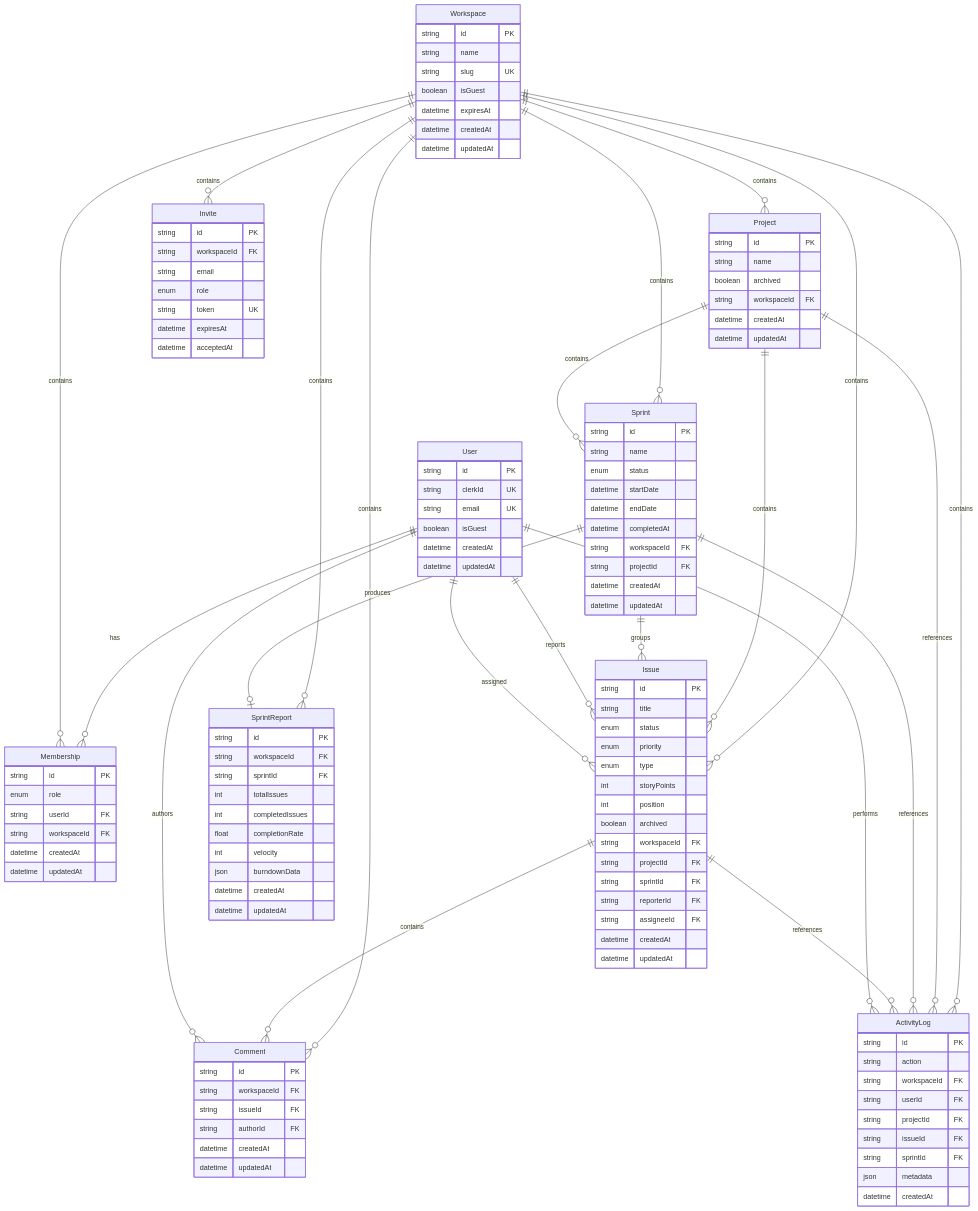
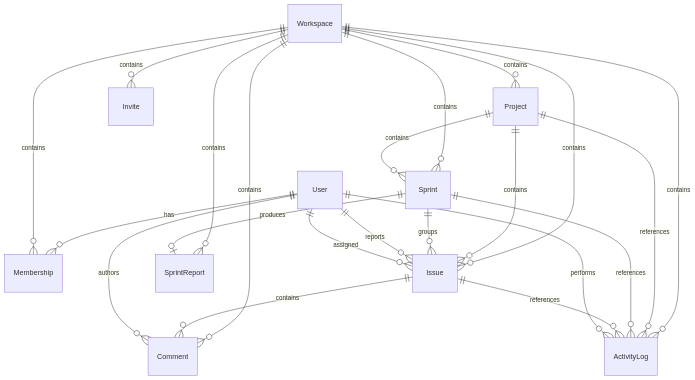
One commit to SuryaGona/sungrid changed the diagram in README.md. Above: the diagram before and after it, drawn with Mermaid. The commit also changed other lines of this file, not shown here.

Commit message:
Revise README for architecture details

````diff
--- a/README.md
+++ b/README.md
@@ -201,116 +183,4 @@
     User ||--o{ Issue : assigned
     User ||--o{ Comment : authors
     User ||--o{ ActivityLog : performs
-
-    User {
-        string id PK
-        string clerkId UK
-        string email UK
-        boolean isGuest
-        datetime createdAt
-        datetime updatedAt
-    }
-
-    Workspace {
-        string id PK
-        string name
-        string slug UK
-        boolean isGuest
-        datetime expiresAt
-        datetime createdAt
-        datetime updatedAt
-    }
-
-    Membership {
-        string id PK
-        enum role
-        string userId FK
-        string workspaceId FK
-        datetime createdAt
-        datetime updatedAt
-    }
-
-    Project {
-        string id PK
-        string name
-        boolean archived
-        string workspaceId FK
-        datetime createdAt
-        datetime updatedAt
-    }
-
-    Issue {
-        string id PK
-        string title
-        enum status
-        enum priority
-        enum type
-        int storyPoints
-        int position
-        boolean archived
-        string workspaceId FK
-        string projectId FK
-        string sprintId FK
-        string reporterId FK
-        string assigneeId FK
-        datetime createdAt
-        datetime updatedAt
-    }
-
-    Sprint {
-        string id PK
-        string name
-        enum status
-        datetime startDate
-        datetime endDate
-        datetime completedAt
-        string workspaceId FK
-        string projectId FK
-        datetime createdAt
-        datetime updatedAt
-    }
-
-    SprintReport {
-        string id PK
-        string workspaceId FK
-        string sprintId FK
-        int totalIssues
-        int completedIssues
-        float completionRate
-        int velocity
-        json burndownData
-        datetime createdAt
-        datetime updatedAt
-    }
-
-    Comment {
-        string id PK
-        string workspaceId FK
-        string issueId FK
-        string authorId FK
-        datetime createdAt
-        datetime updatedAt
-    }
-
-    Invite {
-        string id PK
-        string workspaceId FK
-        string email
-        enum role
-        string token UK
-        datetime expiresAt
-        datetime acceptedAt
-    }
-
-    ActivityLog {
-        string id PK
-        string action
-        string workspaceId FK
-        string userId FK
-        string projectId FK
-        string issueId FK
-        string sprintId FK
-        json metadata
-        datetime createdAt
-    }
 ```
````
